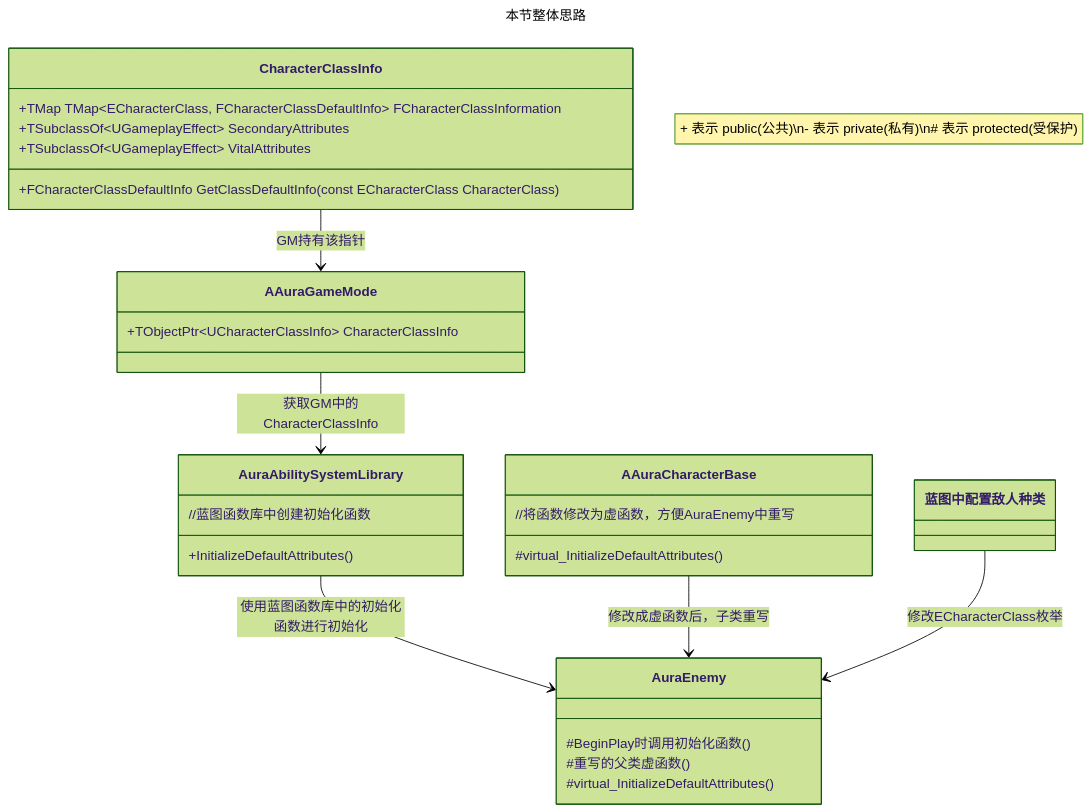
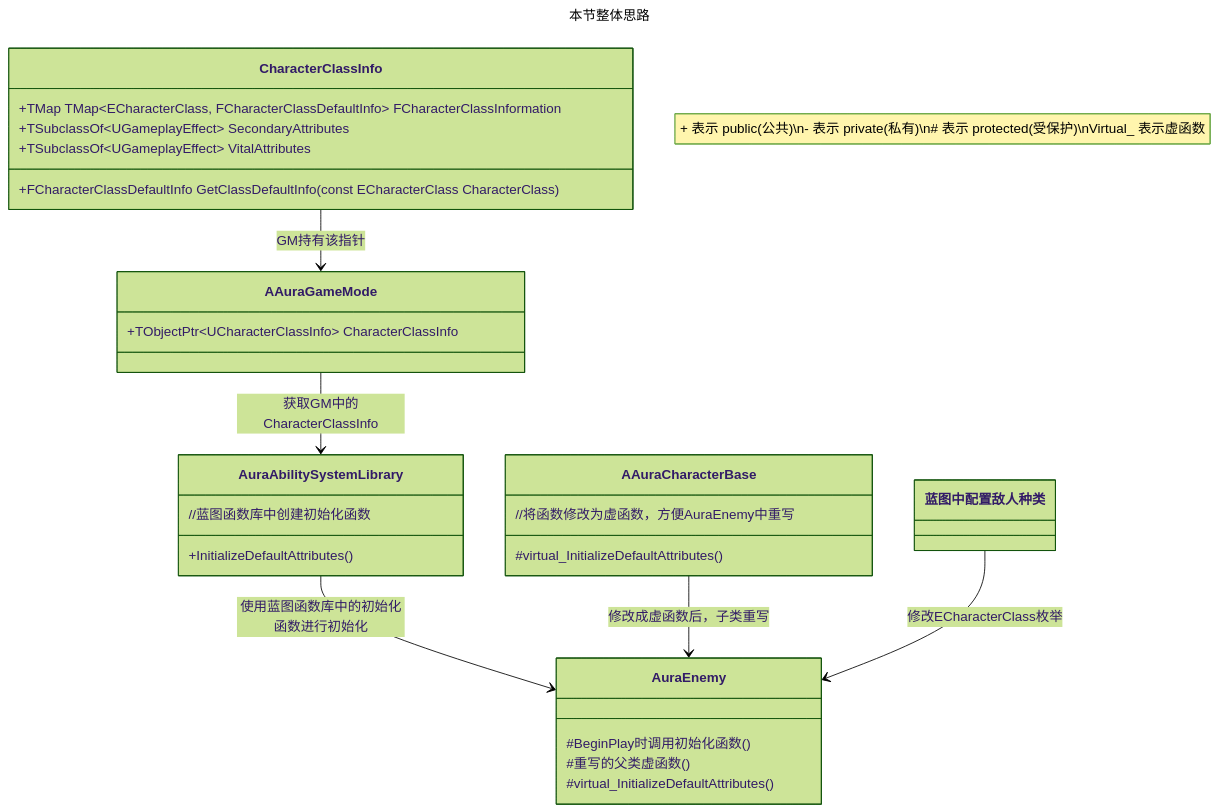
One commit to liyunlong618/LiYunLongKnowledgeLibrary changed the first of 2 diagrams in UECPP/Models/GAS/GAS_2_Aura/DetailContent/GAS_052.md. Above: the diagram before and after it, drawn with Mermaid (forest theme).

Commit message:
更新 GAS_052.md

````diff
--- a/UECPP/Models/GAS/GAS_2_Aura/DetailContent/GAS_052.md
+++ b/UECPP/Models/GAS/GAS_2_Aura/DetailContent/GAS_052.md
@@ -56,38 +56,38 @@
 ```mermaid
 ---
 title: 本节整体思路
 ---
 classDiagram
-		note"+ 表示 public(公共)\n- 表示 private(私有)\n# 表示 protected(受保护)"
+		note"+ 表示 public(公共)\n- 表示 private(私有)\n# 表示 protected(受保护)\nVirtual_ 表示虚函数"
 				
     class CharacterClassInfo{
         +TMap TMap&lt;ECharacterClass, FCharacterClassDefaultInfo&gt; FCharacterClassInformation
         +TSubclassOf&lt;UGameplayEffect&gt; SecondaryAttributes
         +TSubclassOf&lt;UGameplayEffect&gt; VitalAttributes
         +FCharacterClassDefaultInfo GetClassDefaultInfo(const ECharacterClass CharacterClass)
         }   
     class AAuraGameMode{
     	+TObjectPtr&lt;UCharacterClassInfo&gt; CharacterClassInfo
         }
     class AuraAbilitySystemLibrary{
     	//蓝图函数库中创建初始化函数
         +InitializeDefaultAttributes()
         }
     class AuraEnemy{
     	#BeginPlay时调用初始化函数()
     	#重写的父类虚函数()
     	#virtual_InitializeDefaultAttributes()
         }
     class AAuraCharacterBase{
     	//将函数修改为虚函数，方便AuraEnemy中重写
     	#virtual_InitializeDefaultAttributes()
         }
         
 	CharacterClassInfo-->AAuraGameMode:GM持有该指针
 	AAuraGameMode --> AuraAbilitySystemLibrary:获取GM中的CharacterClassInfo
 	AuraAbilitySystemLibrary --> AuraEnemy:使用蓝图函数库中的初始化函数进行初始化
 	AAuraCharacterBase --> AuraEnemy:修改成虚函数后，子类重写
 	蓝图中配置敌人种类 --> AuraEnemy:修改ECharacterClass枚举
 	
    
 ```
````
